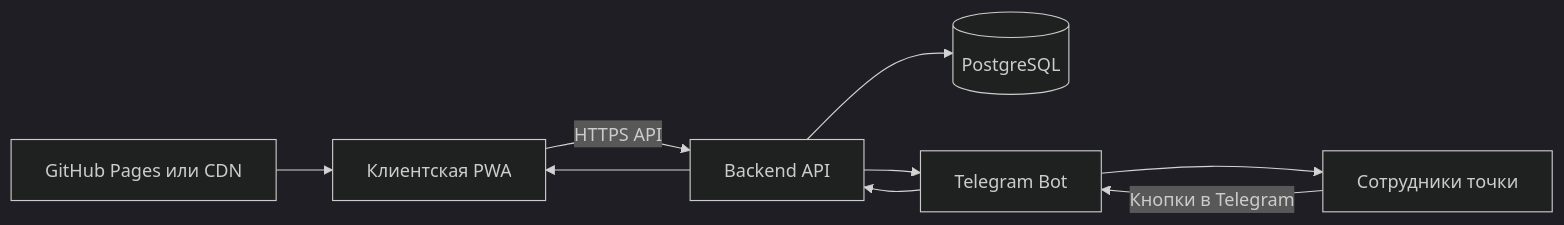
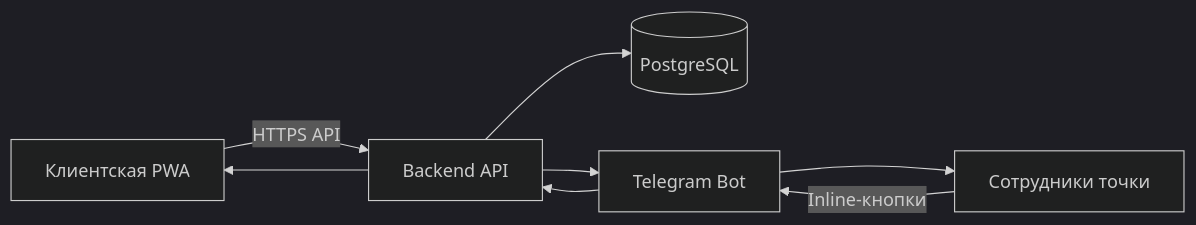
Before and after one commit to encento/shaverma-bn: the second of 3 diagrams in docs/ARCHITECTURE.md, drawn with Mermaid (dark theme). The commit also changed other lines of this file and 6 other files, not shown here.

````diff
--- a/docs/ARCHITECTURE.md
+++ b/docs/ARCHITECTURE.md
@@ -62,12 +39,10 @@
 ```mermaid
 flowchart LR
-    C[Клиентская PWA] -->|HTTPS API| API[Backend API]
+    PWA[Клиентская PWA] -->|HTTPS API| API[Backend API]
     API --> DB[(PostgreSQL)]
-    API --> TG[Telegram Bot]
-    TG --> STAFF[Сотрудники точки]
-    STAFF -->|Кнопки в Telegram| TG
-    TG --> API
-    API --> C
-
-    GH[GitHub Pages или CDN] --> C
+    API --> BOT[Telegram Bot]
+    BOT --> STAFF[Сотрудники точки]
+    STAFF -->|Inline-кнопки| BOT
+    BOT --> API
+    API --> PWA
 ```
````
